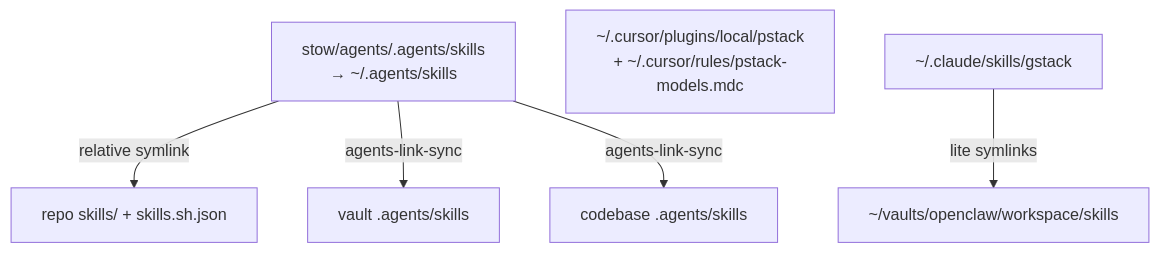
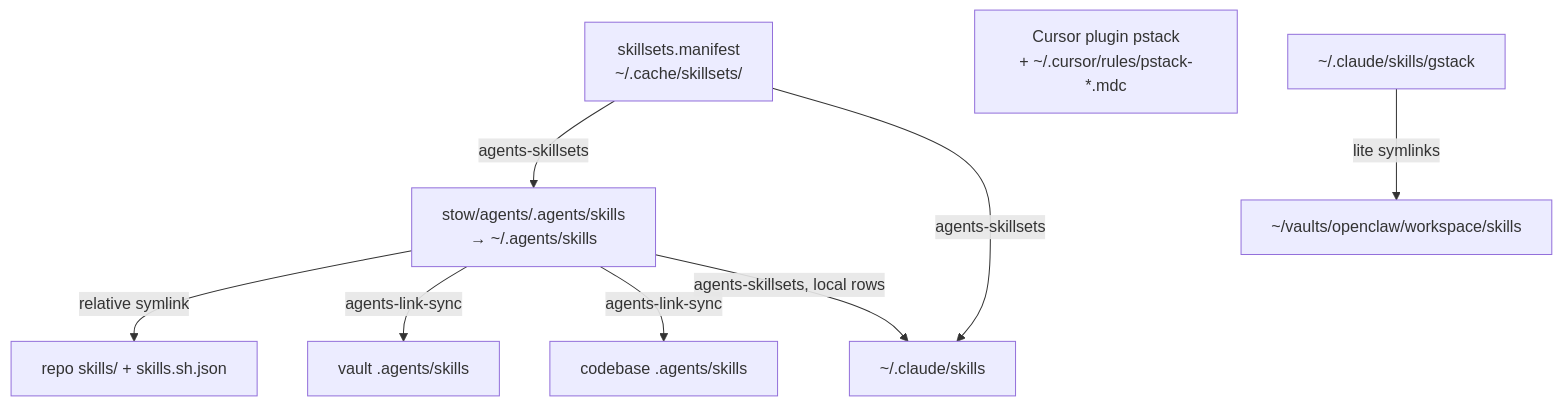
The diagram in stow/agents/REGISTRY.md (benoror/dotfiles), drawn with Mermaid before and after one commit. The commit also changed other lines of this file and 54 other files, not shown here.

First line of the commit message:
feat(agents): serve mattpocock from upstream, link skills into Claude Code

````diff
--- a/stow/agents/REGISTRY.md
+++ b/stow/agents/REGISTRY.md
@@ -20,10 +20,14 @@
 ```mermaid
 flowchart TB
   hub["stow/agents/.agents/skills\n→ ~/.agents/skills"]
   hub -->|relative symlink| publish["repo skills/ + skills.sh.json"]
   hub -->|agents-link-sync| vaults["vault .agents/skills"]
   hub -->|agents-link-sync| code["codebase .agents/skills"]
-  pstack["~/.cursor/plugins/local/pstack\n+ ~/.cursor/rules/pstack-models.mdc"]
+  sets["skillsets.manifest\n~/.cache/skillsets/<set>"]
+  sets -->|agents-skillsets| hub
+  sets -->|agents-skillsets| claude["~/.claude/skills"]
+  hub -->|agents-skillsets, local rows| claude
+  pstack["Cursor plugin pstack\n+ ~/.cursor/rules/pstack-*.mdc"]
   gstack["~/.claude/skills/gstack"]
   gstack -->|lite symlinks| oc["~/vaults/openclaw/workspace/skills"]
 ```
````
